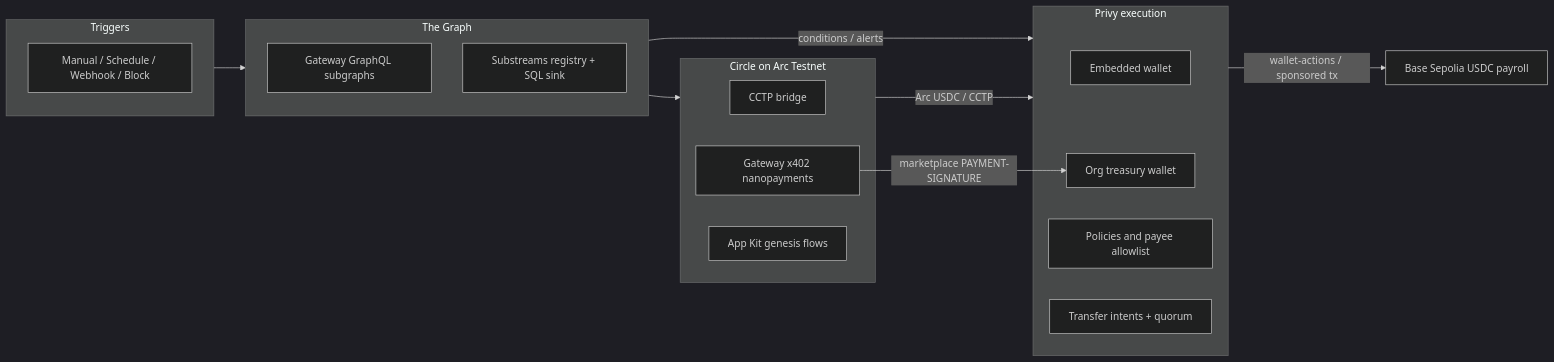
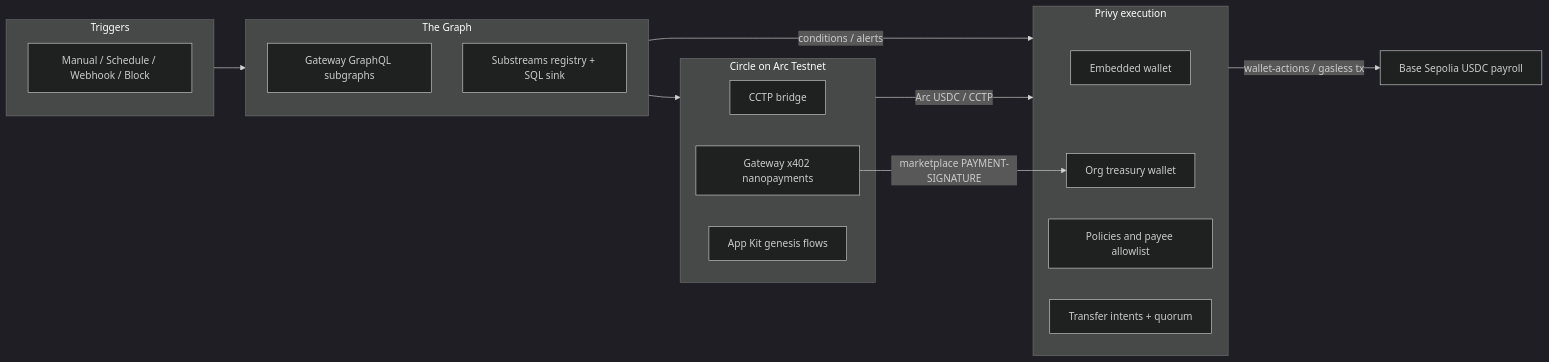
One commit to Bleyle823/Graphitti changed the diagram in README.md. Above: the diagram before and after it, drawn with Mermaid (dark theme). The commit also changed other lines of this file and 13 other files, not shown here.

````diff
--- a/README.md
+++ b/README.md
@@ -21,31 +21,31 @@
 ```mermaid
 flowchart LR
   subgraph triggers [Triggers]
     Manual[Manual / Schedule / Webhook / Block]
   end
 
   subgraph data [The Graph]
     GQL[Gateway GraphQL subgraphs]
     SS[Substreams registry + SQL sink]
   end
 
   subgraph circle [Circle on Arc Testnet]
     CCTP[CCTP bridge]
     GW[Gateway x402 nanopayments]
     AppKit[App Kit genesis flows]
   end
 
   subgraph privy [Privy execution]
     Embed[Embedded wallet]
     Org[Org treasury wallet]
     Policy[Policies and payee allowlist]
     Intent[Transfer intents + quorum]
   end
 
   triggers --> data
   data -->|conditions / alerts| privy
   data --> circle
   circle -->|Arc USDC / CCTP| privy
-  privy -->|wallet-actions / sponsored tx| BaseSepolia[Base Sepolia USDC payroll]
+  privy -->|wallet-actions / gasless tx| BaseSepolia[Base Sepolia USDC payroll]
   GW -->|marketplace PAYMENT-SIGNATURE| Org
 ```
````
